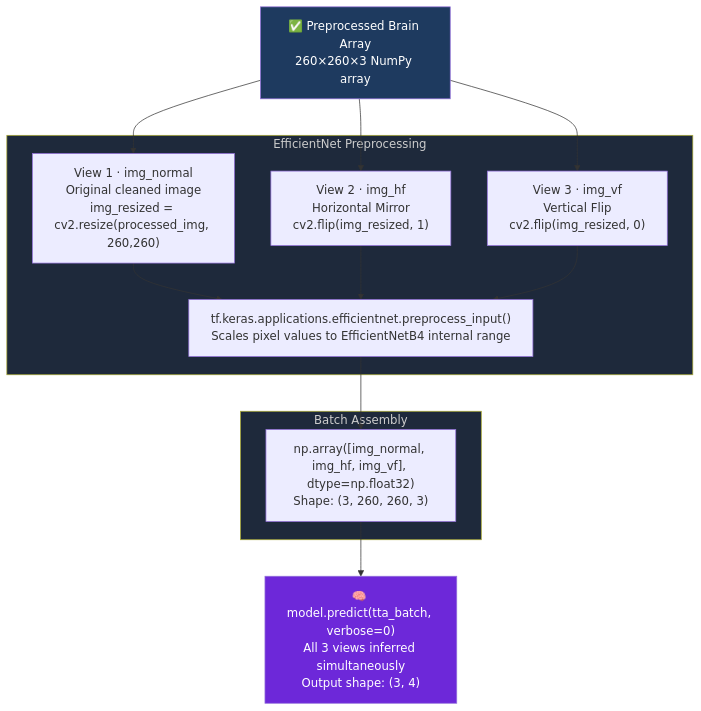
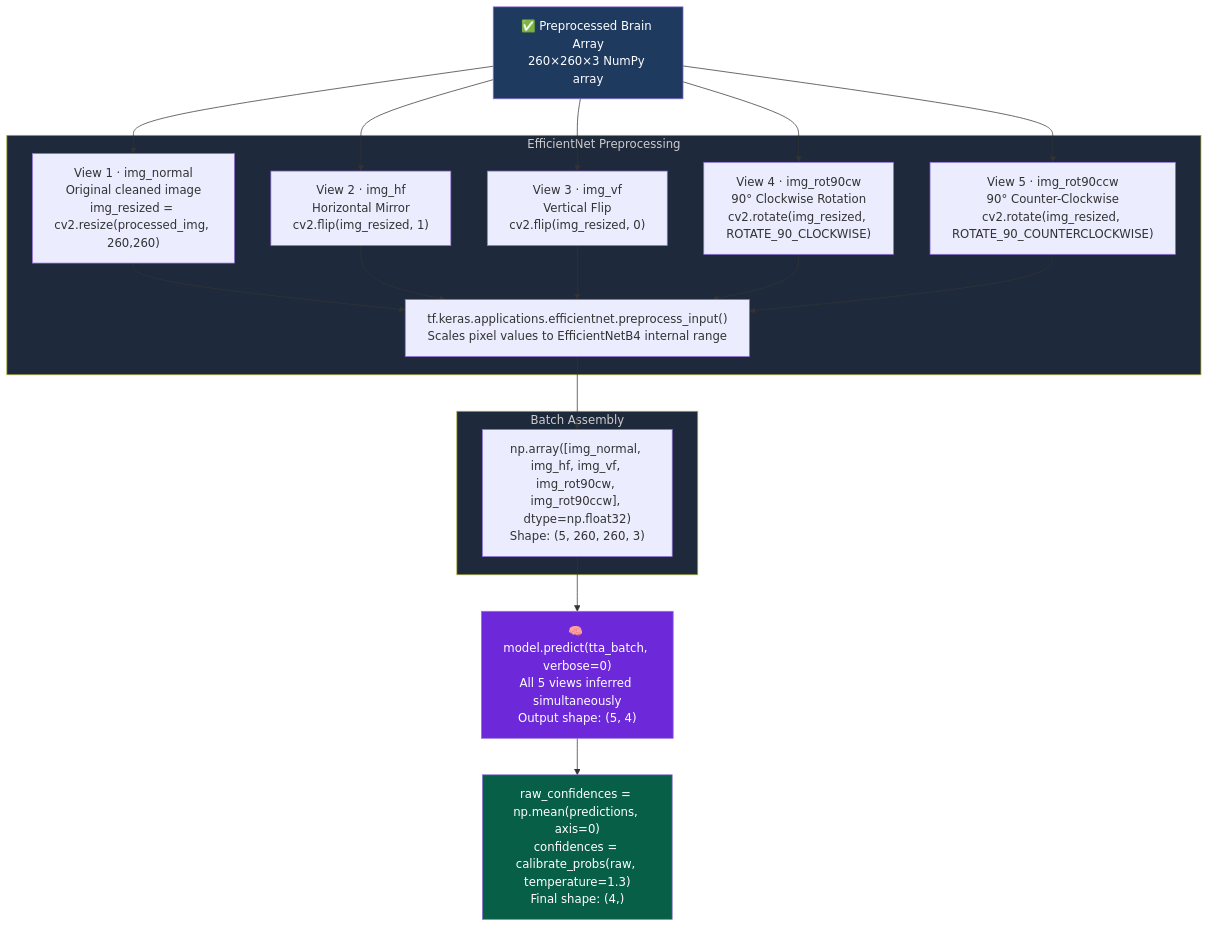
Before and after one commit to rajakumar123-commit/NeuroScan: the third of 7 diagrams in README.md, drawn with Mermaid. The commit also changed other lines of this file, not shown here.

Commit message:
docs: update TTA diagram from 3-view to 5-view for consistency

````diff
--- a/README.md
+++ b/README.md
@@ -152,23 +152,27 @@
 ```mermaid
 flowchart TD
     A["✅ Preprocessed Brain Array\n260×260×3 NumPy array"]
 
     A --> B["View 1 · img_normal\nOriginal cleaned image\nimg_resized = cv2.resize(processed_img, 260,260)"]
     A --> C["View 2 · img_hf\nHorizontal Mirror\ncv2.flip(img_resized, 1)"]
     A --> D["View 3 · img_vf\nVertical Flip\ncv2.flip(img_resized, 0)"]
+    A --> E["View 4 · img_rot90cw\n90° Clockwise Rotation\ncv2.rotate(img_resized, ROTATE_90_CLOCKWISE)"]
+    A --> F["View 5 · img_rot90ccw\n90° Counter-Clockwise\ncv2.rotate(img_resized, ROTATE_90_COUNTERCLOCKWISE)"]
 
     subgraph PRE["EfficientNet Preprocessing"]
-        B & C & D --> E["tf.keras.applications.efficientnet.preprocess_input()\nScales pixel values to EfficientNetB4 internal range"]
+        B & C & D & E & F --> G["tf.keras.applications.efficientnet.preprocess_input()\nScales pixel values to EfficientNetB4 internal range"]
     end
 
     subgraph BATCH["Batch Assembly"]
-        E --> F["np.array([img_normal, img_hf, img_vf], dtype=np.float32)\nShape: (3, 260, 260, 3)"]
+        G --> H["np.array([img_normal, img_hf, img_vf, img_rot90cw, img_rot90ccw], dtype=np.float32)\nShape: (5, 260, 260, 3)"]
     end
 
-    F --> G["🧠 model.predict(tta_batch, verbose=0)\nAll 3 views inferred simultaneously\nOutput shape: (3, 4)"]
+    H --> I["🧠 model.predict(tta_batch, verbose=0)\nAll 5 views inferred simultaneously\nOutput shape: (5, 4)"]
+    I --> J["raw_confidences = np.mean(predictions, axis=0)\nconfidences = calibrate_probs(raw, temperature=1.3)\nFinal shape: (4,)"]
 
     style A fill:#1e3a5f,color:#fff
-    style G fill:#6d28d9,color:#fff
+    style I fill:#6d28d9,color:#fff
+    style J fill:#065f46,color:#fff
     style PRE fill:#1e293b,color:#ccc
     style BATCH fill:#1e293b,color:#ccc
 ```
````
